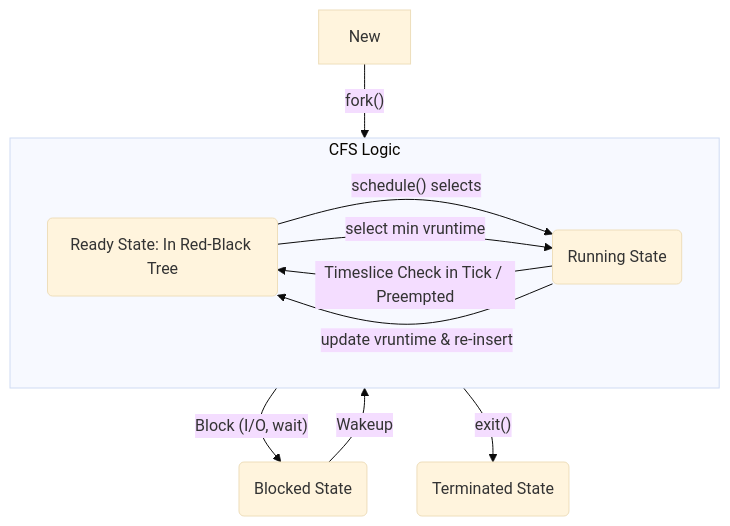
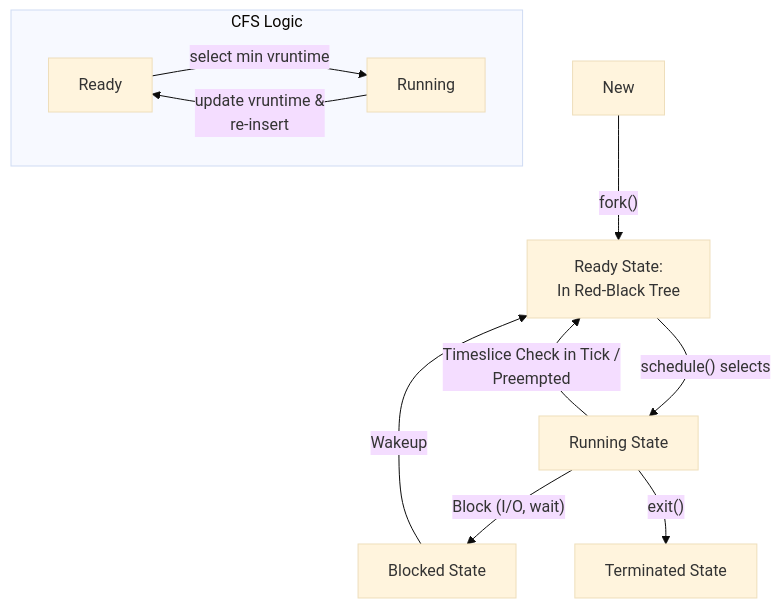
Before and after one commit to EmptyBlueBox/Blog: the diagram in src/content/post/operating_systems_note_04-zh.mdx, drawn with Mermaid (base theme). The commit also changed other lines of this file and 14 other files, not shown here.

First line of the commit message:
✨ feat: Integrate Mermaid diagram components for enhanced visualization

````diff
--- a/src/content/post/operating_systems_note_04-zh.mdx
+++ b/src/content/post/operating_systems_note_04-zh.mdx
@@ -887,15 +887,15 @@
         ```mermaid
         graph TD
-            New -- fork() --> Ready(Ready State: In Red-Black Tree);
-            Ready -- schedule() selects --> Running(Running State);
-            Running -- Block (I/O, wait) --> Blocked(Blocked State);
-            Blocked -- Wakeup --> Ready;
-            Running -- Timeslice Check in Tick / Preempted --> Ready;
-            Running -- exit() --> Terminated(Terminated State);
+            New -- "fork()" --> Ready["Ready State:<br/>In Red-Black Tree"]
+            Ready -- "schedule() selects" --> Running["Running State"]
+            Running -- "Block (I/O, wait)" --> Blocked["Blocked State"]
+            Blocked -- "Wakeup" --> Ready
+            Running -- "Timeslice Check in Tick /<br/>Preempted" --> Ready
+            Running -- "exit()" --> Terminated["Terminated State"]
 
-            subgraph CFS Logic
+            subgraph CFS_Logic ["CFS Logic"]
                 direction LR
-                Ready -- select min vruntime --> Running;
-                Running -- update vruntime & re-insert --> Ready;
+                Ready2["Ready"] -- "select min vruntime" --> Running2["Running"]
+                Running2 -- "update vruntime &<br/>re-insert" --> Ready2
             end
         ```
````
